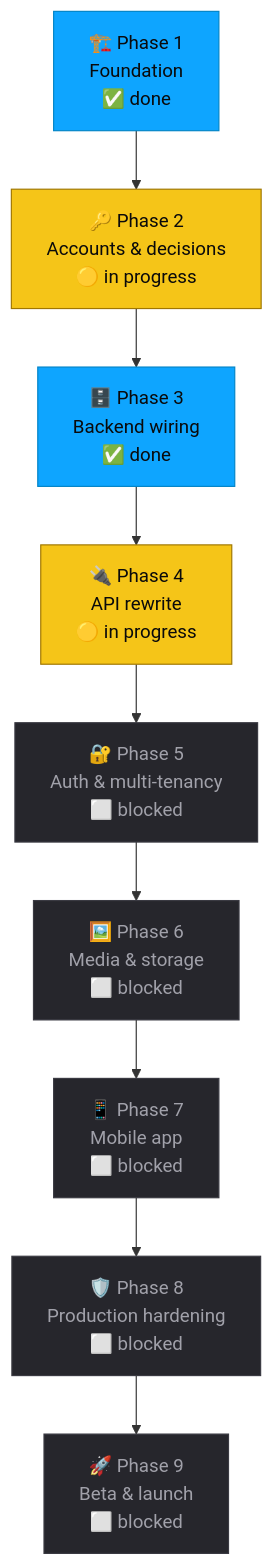
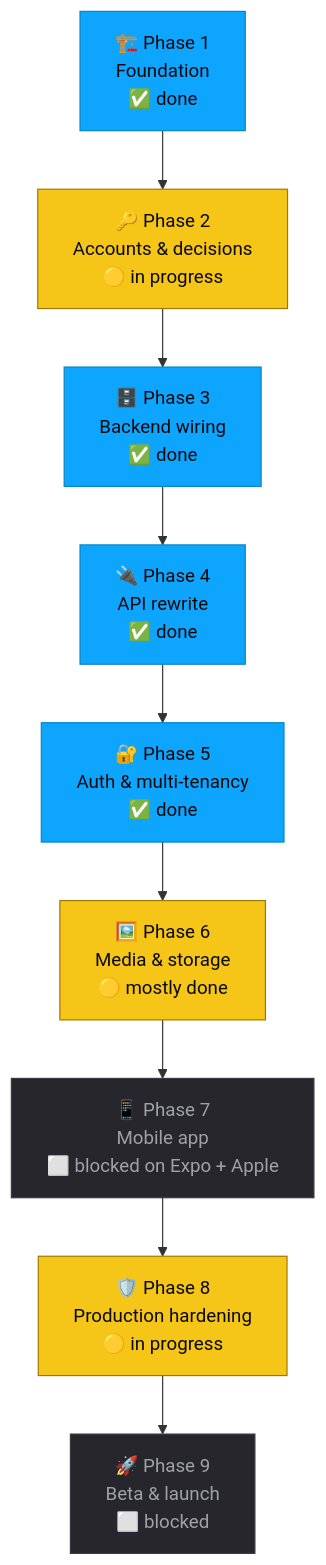
Before and after one commit to akcuhmoris/lifestyleprogramtracker: the diagram in plan/08-roadmap.md, drawn with Mermaid. The commit also changed other lines of this file and 1 other file, not shown here.

First line of the commit message:
Bring plan docs current: P4/P5 done, P8 in progress

````diff
--- a/plan/08-roadmap.md
+++ b/plan/08-roadmap.md
@@ -24,21 +24,21 @@
 ```mermaid
 flowchart TD
     P1["🏗️ Phase 1<br/>Foundation<br/>✅ done"]
     P2["🔑 Phase 2<br/>Accounts &amp; decisions<br/>🟡 in progress"]
     P3["🗄️ Phase 3<br/>Backend wiring<br/>✅ done"]
-    P4["🔌 Phase 4<br/>API rewrite<br/>🟡 in progress"]
-    P5["🔐 Phase 5<br/>Auth &amp; multi-tenancy<br/>⬜ blocked"]
-    P6["🖼️ Phase 6<br/>Media &amp; storage<br/>⬜ blocked"]
-    P7["📱 Phase 7<br/>Mobile app<br/>⬜ blocked"]
-    P8["🛡️ Phase 8<br/>Production hardening<br/>⬜ blocked"]
+    P4["🔌 Phase 4<br/>API rewrite<br/>✅ done"]
+    P5["🔐 Phase 5<br/>Auth &amp; multi-tenancy<br/>✅ done"]
+    P6["🖼️ Phase 6<br/>Media &amp; storage<br/>🟡 mostly done"]
+    P7["📱 Phase 7<br/>Mobile app<br/>⬜ blocked on Expo + Apple"]
+    P8["🛡️ Phase 8<br/>Production hardening<br/>🟡 in progress"]
     P9["🚀 Phase 9<br/>Beta &amp; launch<br/>⬜ blocked"]
 
     P1 --> P2 --> P3 --> P4 --> P5 --> P6 --> P7 --> P8 --> P9
 
     classDef done fill:#0EA5FF,stroke:#0284C7,color:#0A0A0B
     classDef wip fill:#F5C518,stroke:#A07700,color:#0A0A0B
     classDef todo fill:#26262C,stroke:#3a3a42,color:#A1A1AA
-    class P1,P3 done
-    class P2,P4 wip
-    class P5,P6,P7,P8,P9 todo
+    class P1,P3,P4,P5 done
+    class P2,P6,P8 wip
+    class P7,P9 todo
 ```
````
